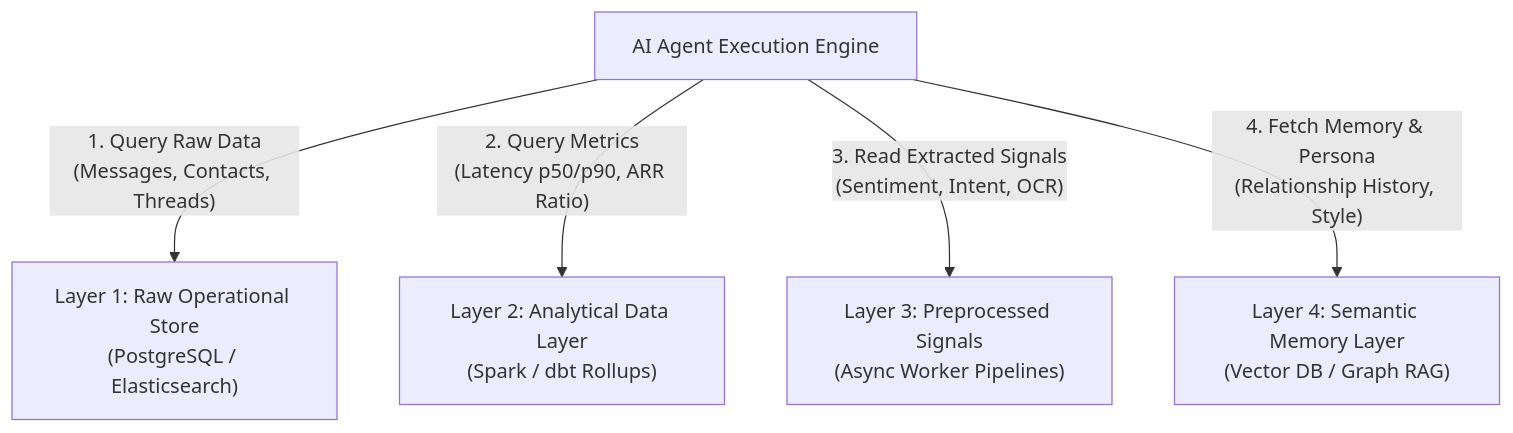
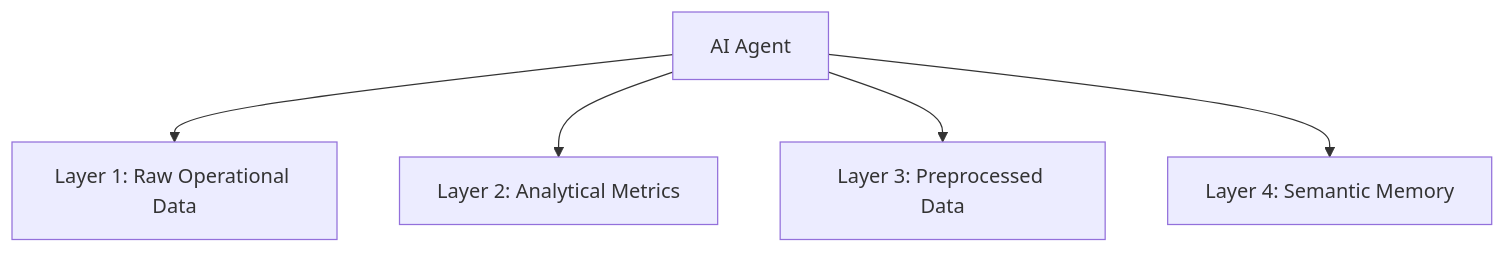
Before and after one commit to ohadleshno/ohad-leshno-blog: the second of 6 diagrams in content/tech-blog/en/building-an-effective-context-layer-part-3.md, drawn with Mermaid. The commit also changed other lines of this file and 7 other files, not shown here.

````diff
--- a/content/tech-blog/en/building-an-effective-context-layer-part-3.md
+++ b/content/tech-blog/en/building-an-effective-context-layer-part-3.md
@@ -87,9 +79,9 @@
 ```mermaid
 flowchart TD
-    Agent["AI Agent Execution Engine"]
+    Agent["AI Agent"]
     
-    Agent -->|"1. Query Raw Data<br/>(Messages, Contacts, Threads)"| L1["Layer 1: Raw Operational Store<br/>(PostgreSQL / Elasticsearch)"]
-    Agent -->|"2. Query Metrics<br/>(Latency p50/p90, ARR Ratio)"| L2["Layer 2: Analytical Data Layer<br/>(Spark / dbt Rollups)"]
-    Agent -->|"3. Read Extracted Signals<br/>(Sentiment, Intent, OCR)"| L3["Layer 3: Preprocessed Signals<br/>(Async Worker Pipelines)"]
-    Agent -->|"4. Fetch Memory & Persona<br/>(Relationship History, Style)"| L4["Layer 4: Semantic Memory Layer<br/>(Vector DB / Graph RAG)"]
+    Agent --> L1["Layer 1: Raw Operational Data"]
+    Agent --> L2["Layer 2: Analytical Metrics"]
+    Agent --> L3["Layer 3: Preprocessed Data"]
+    Agent --> L4["Layer 4: Semantic Memory"]
 ```
````
